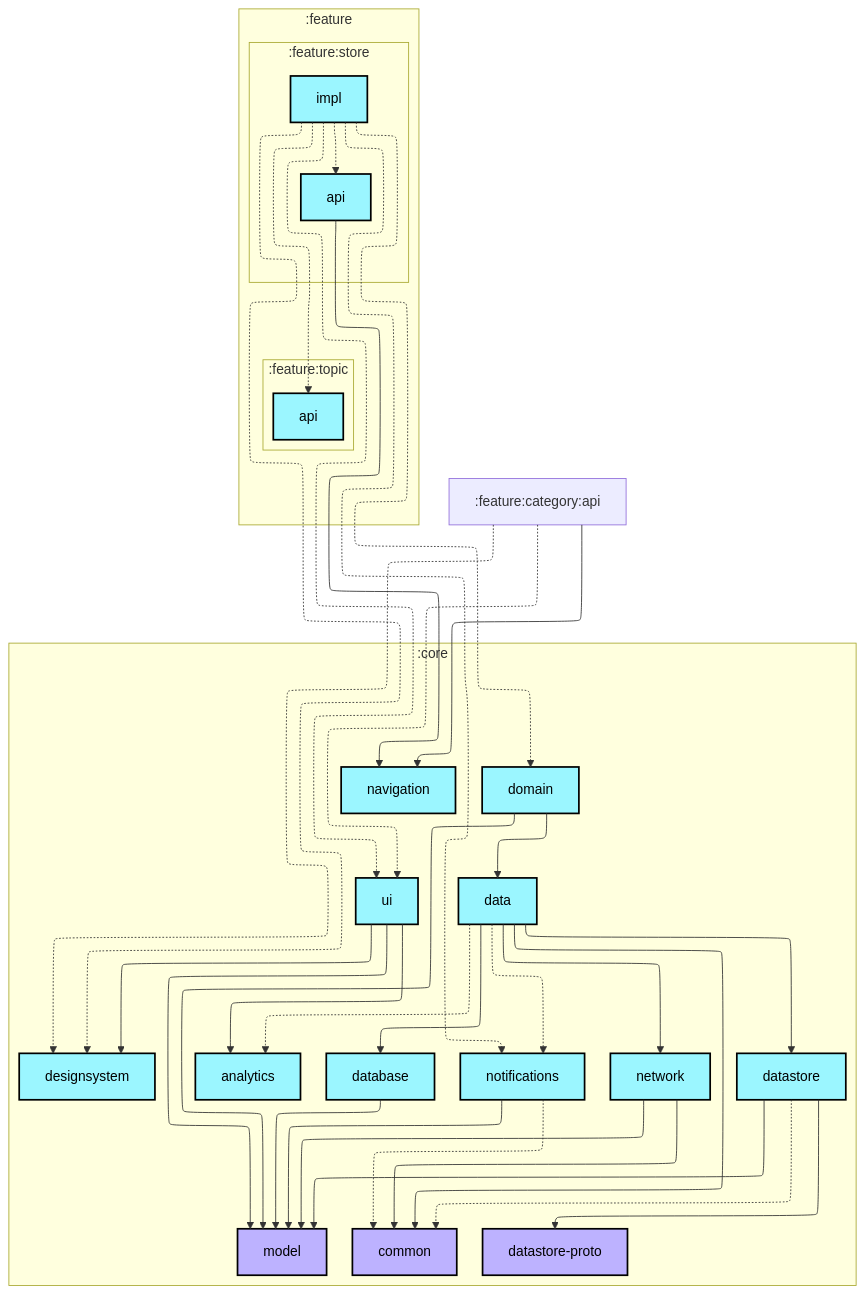
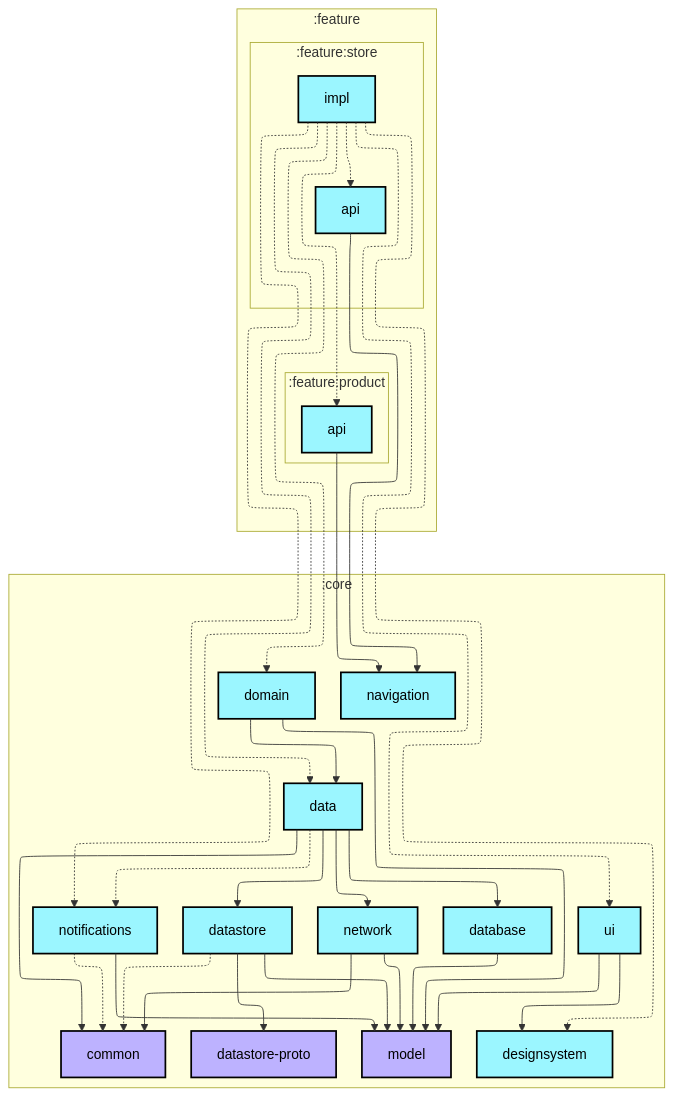
The first of 2 diagrams in feature/store/impl/README.md (AshishMK/JetUpdates), drawn with Mermaid before and after one commit. The commit also changed 15 other files, not shown here.

Commit message:
feat: hideBottomBar logic All pull requests completed after PR # 2003Migrate project to Jetpack Navigation 3 to PR #2100 Update README graphs with correct datastore-proto plugin

````diff
--- a/feature/store/impl/README.md
+++ b/feature/store/impl/README.md
@@ -6,74 +6,70 @@
 ```mermaid
 ---
 config:
   layout: elk
   elk:
     nodePlacementStrategy: SIMPLE
 ---
 graph TB
   subgraph :feature
     direction TB
     subgraph :feature:store
       direction TB
       :feature:store:api[api]:::android-library
       :feature:store:impl[impl]:::android-library
     end
-    subgraph :feature:topic
+    subgraph :feature:product
       direction TB
-      :feature:topic:api[api]:::android-library
+      :feature:product:api[api]:::android-library
     end
   end
   subgraph :core
     direction TB
-    :core:analytics[analytics]:::android-library
     :core:common[common]:::jvm-library
     :core:data[data]:::android-library
     :core:database[database]:::android-library
     :core:datastore[datastore]:::android-library
     :core:datastore-proto[datastore-proto]:::jvm-library
     :core:designsystem[designsystem]:::android-library
     :core:domain[domain]:::android-library
     :core:model[model]:::jvm-library
     :core:navigation[navigation]:::android-library
     :core:network[network]:::android-library
     :core:notifications[notifications]:::android-library
     :core:ui[ui]:::android-library
   end
 
-  :core:data -.-> :core:analytics
   :core:data --> :core:common
   :core:data --> :core:database
   :core:data --> :core:datastore
   :core:data --> :core:network
   :core:data -.-> :core:notifications
   :core:database --> :core:model
   :core:datastore -.-> :core:common
   :core:datastore --> :core:datastore-proto
   :core:datastore --> :core:model
   :core:domain --> :core:data
   :core:domain --> :core:model
   :core:network --> :core:common
   :core:network --> :core:model
   :core:notifications -.-> :core:common
   :core:notifications --> :core:model
-  :core:ui --> :core:analytics
   :core:ui --> :core:designsystem
   :core:ui --> :core:model
+  :feature:product:api --> :core:navigation
   :feature:store:api --> :core:navigation
+  :feature:store:impl -.-> :core:data
   :feature:store:impl -.-> :core:designsystem
   :feature:store:impl -.-> :core:domain
   :feature:store:impl -.-> :core:notifications
   :feature:store:impl -.-> :core:ui
+  :feature:store:impl -.-> :feature:product:api
   :feature:store:impl -.-> :feature:store:api
-  :feature:store:impl -.-> :feature:topic:api
-  :feature:category:api -.-> :core:designsystem
-  :feature:category:api --> :core:navigation
-  :feature:category:api -.-> :core:ui
 
 classDef android-application fill:#CAFFBF,stroke:#000,stroke-width:2px,color:#000;
 classDef android-feature fill:#FFD6A5,stroke:#000,stroke-width:2px,color:#000;
 classDef android-library fill:#9BF6FF,stroke:#000,stroke-width:2px,color:#000;
 classDef android-test fill:#A0C4FF,stroke:#000,stroke-width:2px,color:#000;
 classDef jvm-library fill:#BDB2FF,stroke:#000,stroke-width:2px,color:#000;
 classDef unknown fill:#FFADAD,stroke:#000,stroke-width:2px,color:#000;
 ```
````
